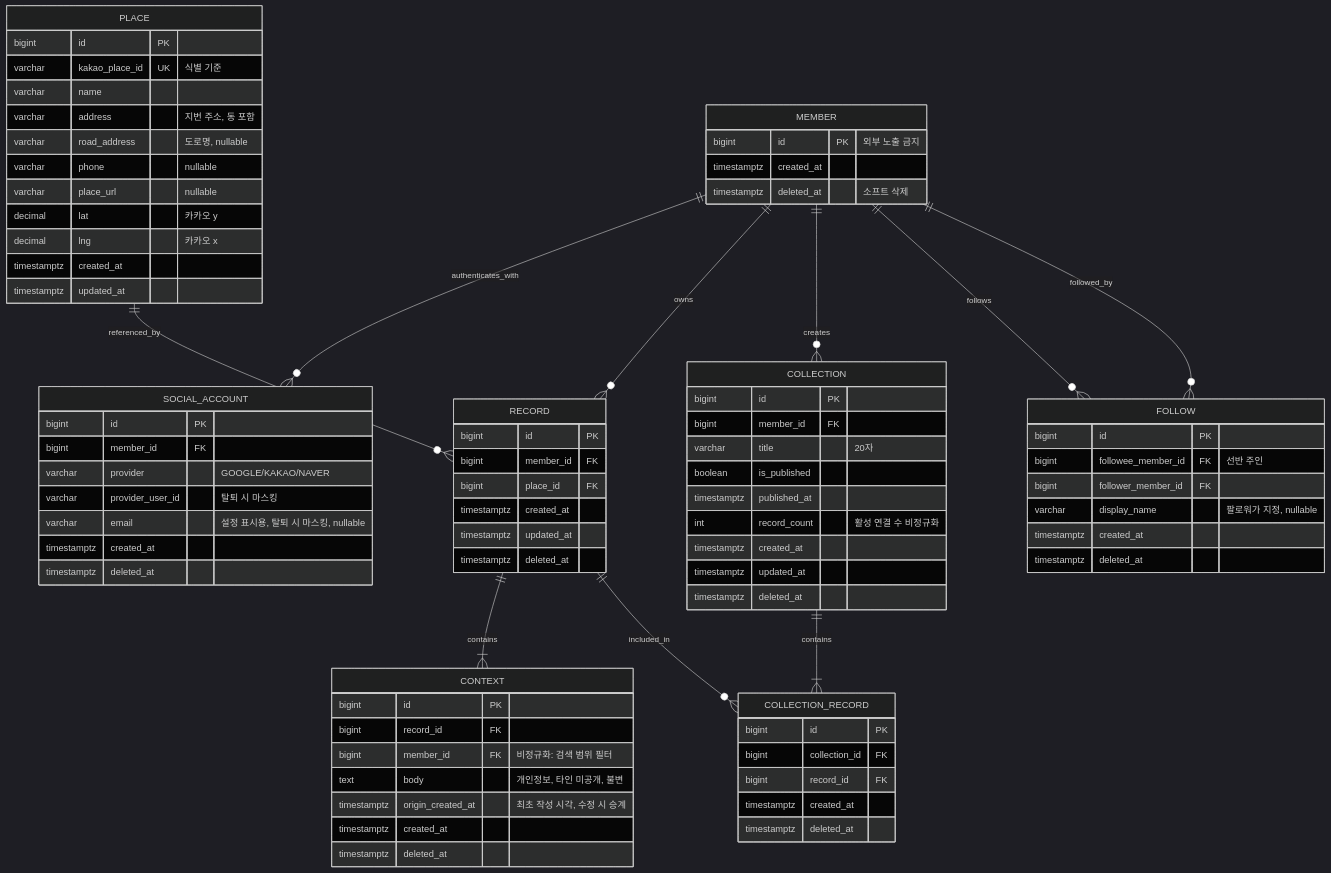
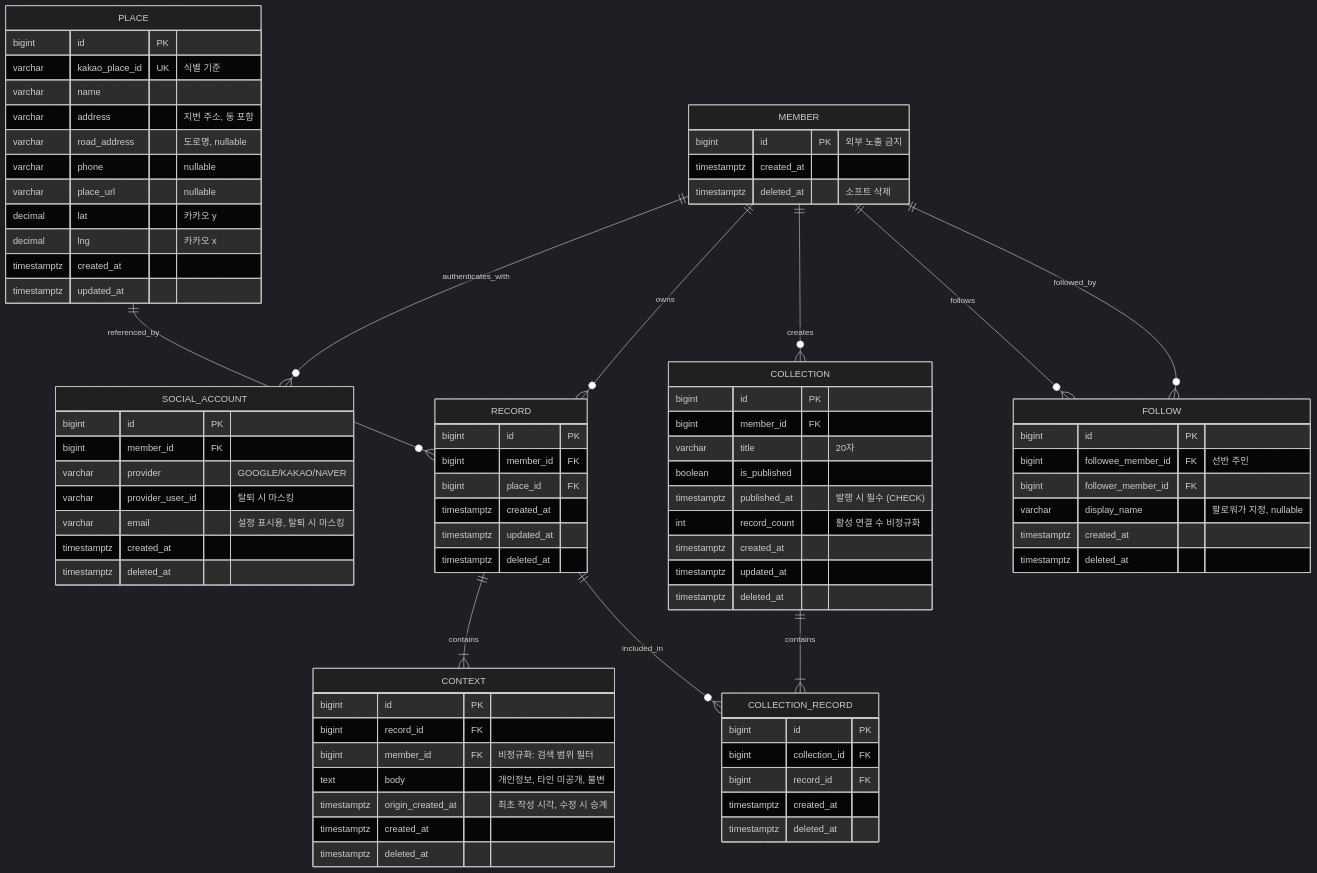
Before and after one commit to Team-PinLog/front: the first of 2 diagrams in docs/reference/07_ERD.md, drawn with Mermaid (dark theme). The commit also changed 3 other files, not shown here.

```diff
--- a/docs/reference/07_ERD.md
+++ b/docs/reference/07_ERD.md
@@ -29,7 +29,7 @@
         bigint member_id FK
         varchar provider "GOOGLE/KAKAO/NAVER"
         varchar provider_user_id "탈퇴 시 마스킹"
-        varchar email "설정 표시용, 탈퇴 시 마스킹, nullable"
+        varchar email "설정 표시용, 탈퇴 시 마스킹"
         timestamptz created_at
         timestamptz deleted_at
     }
@@ -72,7 +72,7 @@
         bigint member_id FK
         varchar title "20자"
         boolean is_published
-        timestamptz published_at
+        timestamptz published_at "발행 시 필수 (CHECK)"
         int record_count "활성 연결 수 비정규화"
         timestamptz created_at
         timestamptz updated_at
```
